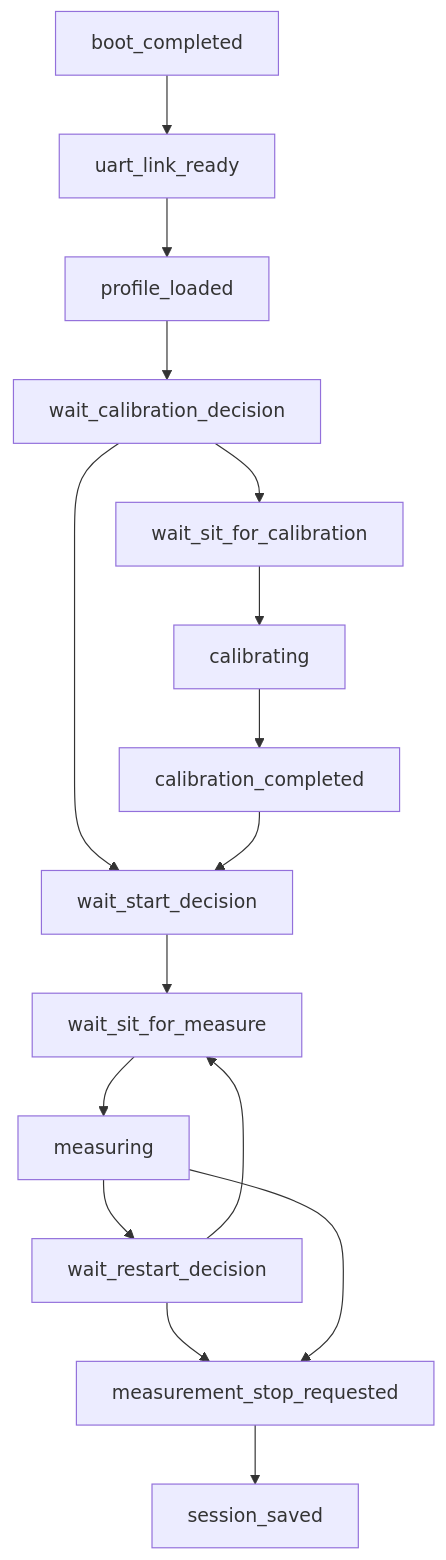
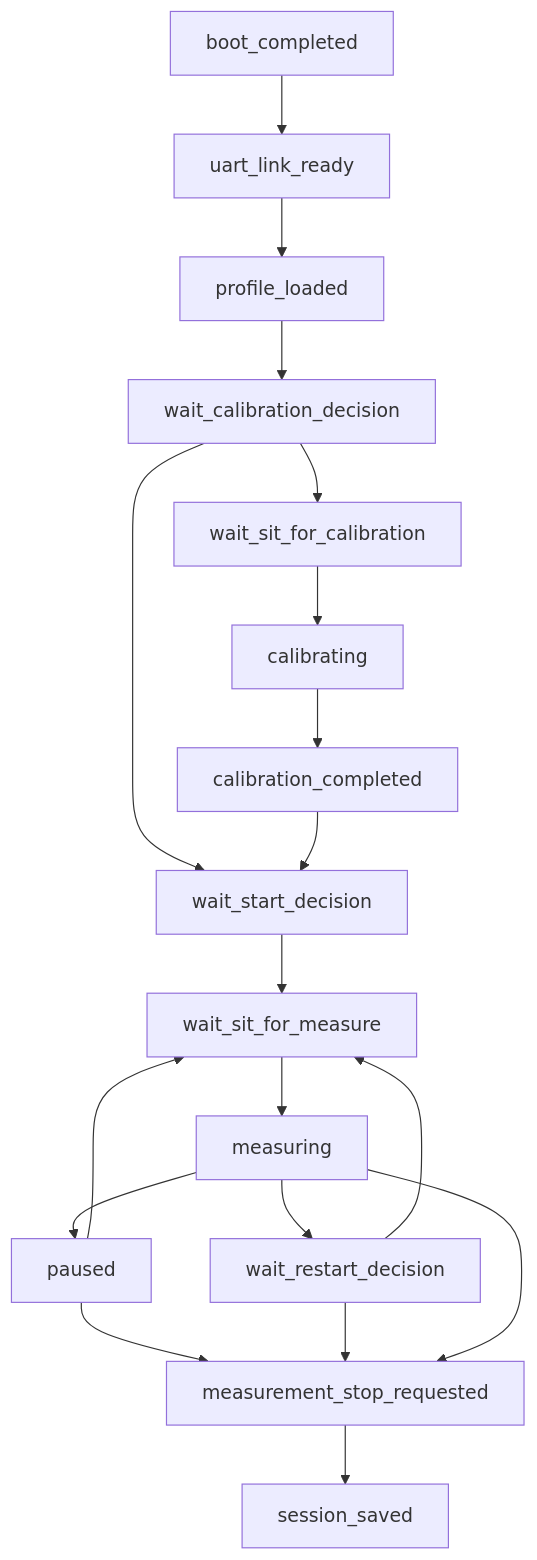
Before and after one commit to gwonxhj/edge-posture-monitor: the second of 3 diagrams in README.md, drawn with Mermaid. The commit also changed other lines of this file, not shown here.

````diff
--- a/README.md
+++ b/README.md
@@ -72,32 +72,36 @@
 ```mermaid
 flowchart TD
     BOOT[boot_completed]
     UART[uart_link_ready]
     PROFILE[profile_loaded]
     CAL_DECISION[wait_calibration_decision]
     WAIT_SIT_CAL[wait_sit_for_calibration]
     CALIBRATING[calibrating]
     CAL_DONE[calibration_completed]
     START_DECISION[wait_start_decision]
     WAIT_SIT_MEASURE[wait_sit_for_measure]
     MEASURING[measuring]
+    PAUSED[paused]
     RESTART[wait_restart_decision]
     STOP_REQ[measurement_stop_requested]
     SAVED[session_saved]
 
     BOOT --> UART
     UART --> PROFILE
     PROFILE --> CAL_DECISION
     CAL_DECISION --> WAIT_SIT_CAL
     WAIT_SIT_CAL --> CALIBRATING
     CALIBRATING --> CAL_DONE
     CAL_DECISION --> START_DECISION
     CAL_DONE --> START_DECISION
     START_DECISION --> WAIT_SIT_MEASURE
     WAIT_SIT_MEASURE --> MEASURING
+    MEASURING --> PAUSED
+    PAUSED --> WAIT_SIT_MEASURE
+    PAUSED --> STOP_REQ
     MEASURING --> RESTART
     RESTART --> WAIT_SIT_MEASURE
     RESTART --> STOP_REQ
     MEASURING --> STOP_REQ
     STOP_REQ --> SAVED
 ```
````
